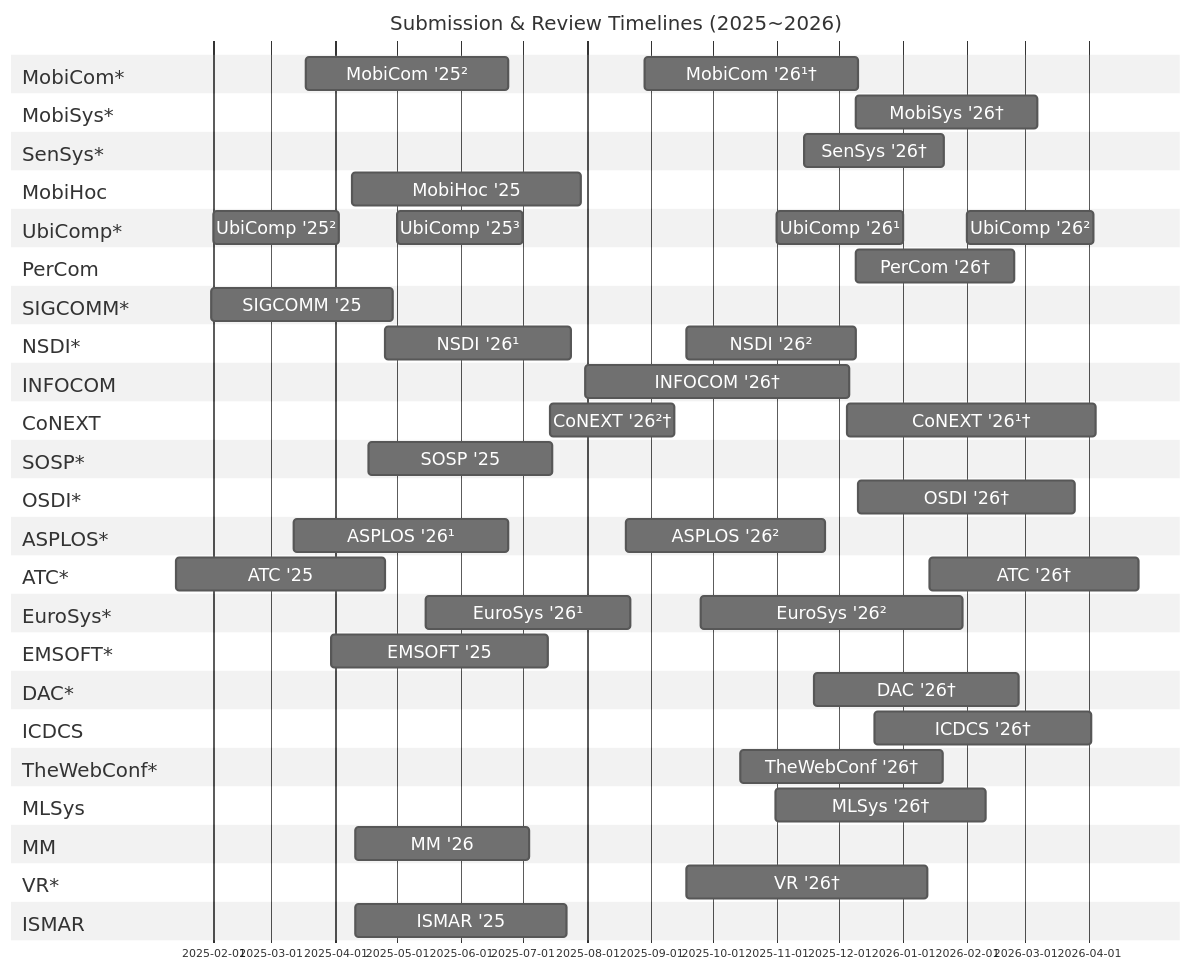
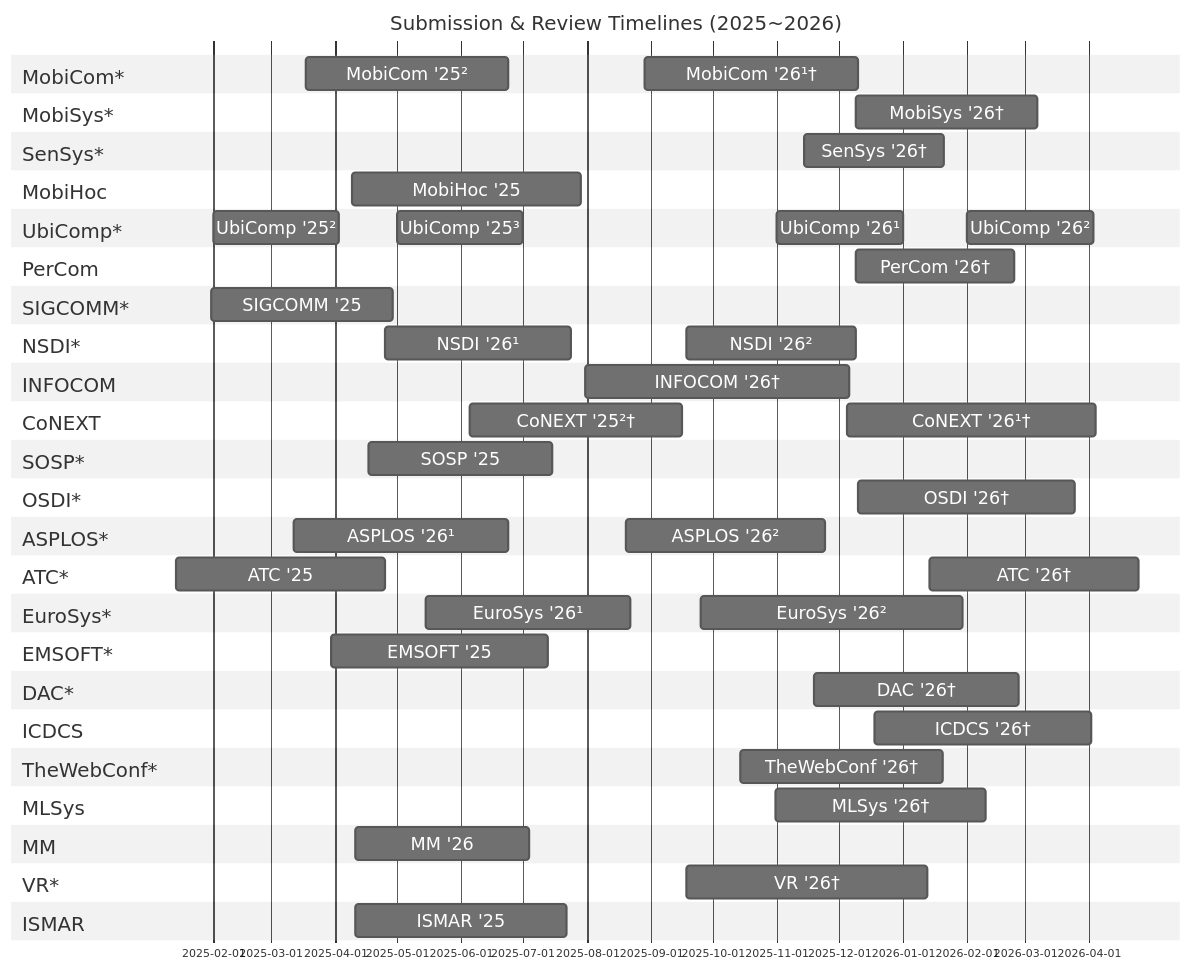
Before and after one commit to iamseonghoon/Mobile-Systems-Conference-Timelines: the diagram in README.md, drawn with Mermaid. The commit also changed other lines of this file, not shown here.

```diff
--- a/README.md
+++ b/README.md
@@ -62,7 +62,7 @@
 
     section CoNEXT
     CoNEXT '26¹† :conext26-review1, 2025-12-05, 120d
-    CoNEXT '26²† :conext26-review2, 2025-07-14, 60d
+    CoNEXT '25²† :conext25-review2, 2025-06-05, 103d
 
     %% --------------------------
     %% OS, CA
```
